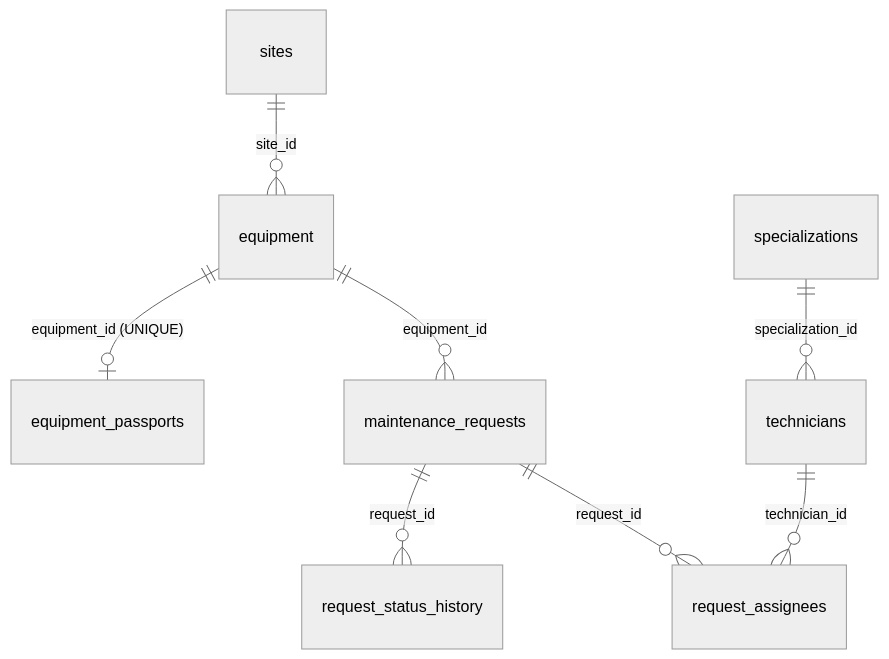
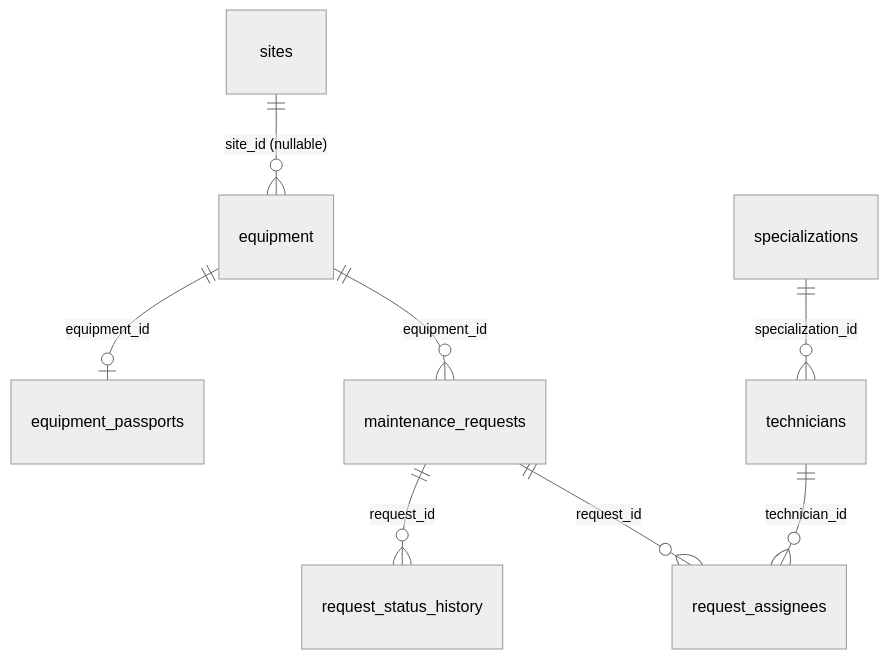
One commit to nhassl3/greenatom-case-2 changed the diagram in README.md. Above: the diagram before and after it, drawn with Mermaid (neutral theme). The commit also changed other lines of this file and 3 other files, not shown here.

````diff
--- a/README.md
+++ b/README.md
@@ -44,10 +24,10 @@
 ```mermaid
 erDiagram
-    sites ||--o{ equipment : "site_id"
-    equipment ||--o| equipment_passports : "equipment_id (UNIQUE)"
+    sites ||--o{ equipment : "site_id (nullable)"
+    equipment ||--o| equipment_passports : "equipment_id"
     equipment ||--o{ maintenance_requests : "equipment_id"
     maintenance_requests ||--o{ request_status_history : "request_id"
     maintenance_requests ||--o{ request_assignees : "request_id"
     technicians ||--o{ request_assignees : "technician_id"
     specializations ||--o{ technicians : "specialization_id"
 ```
````
